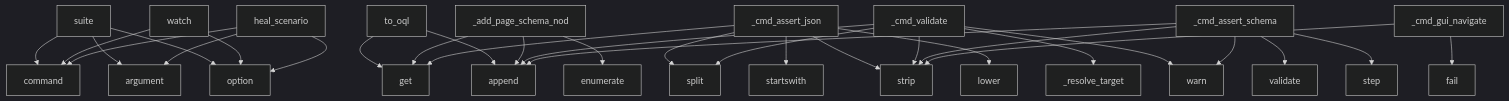
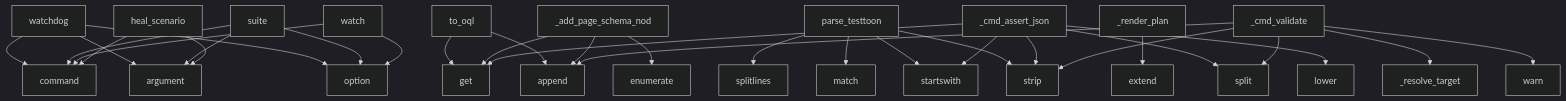
One commit to oqlos/testql changed the diagram in project/context.md. Above: the diagram before and after it, drawn with Mermaid (dark theme). The commit also changed other lines of this file and 39 other files, not shown here.

````diff
--- a/project/context.md
+++ b/project/context.md
@@ -632,33 +605,33 @@
 ```mermaid
 graph TD
+    watchdog --> command
+    watchdog --> argument
+    watchdog --> option
     suite --> command
     suite --> argument
     suite --> option
     to_oql --> get
     to_oql --> append
     watch --> command
     watch --> option
     _add_page_schema_nod --> get
     _add_page_schema_nod --> append
     _add_page_schema_nod --> enumerate
-    heal_scenario --> command
-    heal_scenario --> argument
-    heal_scenario --> option
+    parse_testtoon --> splitlines
+    parse_testtoon --> match
+    parse_testtoon --> startswith
+    parse_testtoon --> strip
+    _render_plan --> extend
     _cmd_assert_json --> split
     _cmd_assert_json --> startswith
     _cmd_assert_json --> strip
     _cmd_assert_json --> lower
     _cmd_assert_json --> get
     _cmd_validate --> split
     _cmd_validate --> strip
     _cmd_validate --> _resolve_target
     _cmd_validate --> warn
     _cmd_validate --> append
-    _cmd_assert_schema --> strip
-    _cmd_assert_schema --> warn
-    _cmd_assert_schema --> validate
-    _cmd_assert_schema --> step
-    _cmd_assert_schema --> append
-    _cmd_gui_navigate --> strip
-    _cmd_gui_navigate --> fail
+    heal_scenario --> command
+    heal_scenario --> argument
 ```
````
